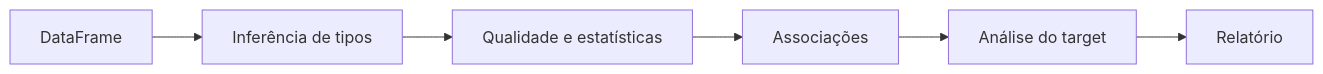
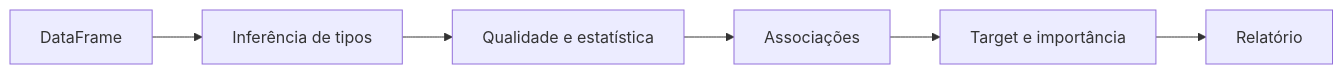
The diagram in README.md (viniciusds2020/sistema_eda), drawn with Mermaid before and after one commit. The commit also changed other lines of this file, not shown here.

````diff
--- a/README.md
+++ b/README.md
@@ -82,8 +94,8 @@
 ```mermaid
 flowchart LR
     D["DataFrame"] --> T["Inferência de tipos"]
-    T --> Q["Qualidade e estatísticas"]
-    Q --> C["Associações"]
-    C --> A["Análise do target"]
-    A --> R["Relatório"]
+    T --> Q["Qualidade e estatística"]
+    Q --> A["Associações"]
+    A --> S["Target e importância"]
+    S --> R["Relatório"]
 ```
````
